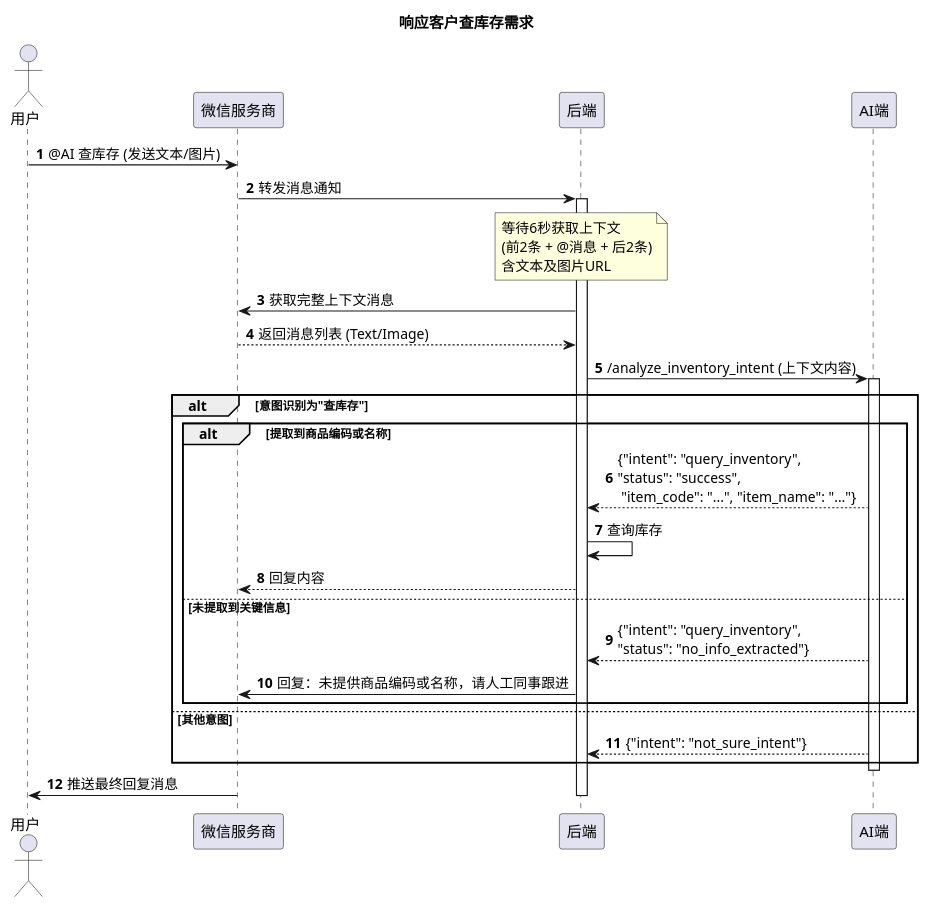
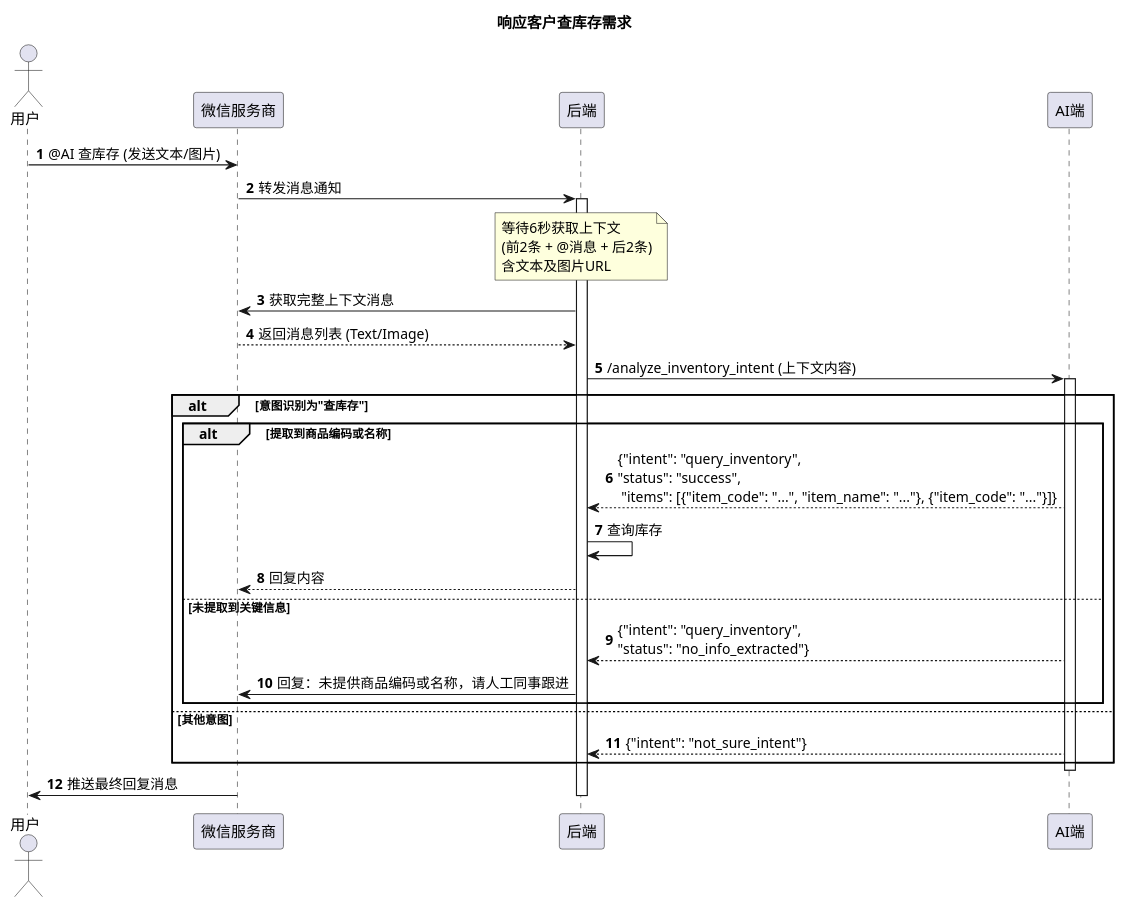
The second of 2 diagrams in README.md (h-summit/lucky_box_ai), drawn with PlantUML before and after one commit. The commit also changed other lines of this file and 5 other files, not shown here.

Commit message:
Support multi-item inventory intent responses

````diff
--- a/README.md
+++ b/README.md
@@ -282,46 +309,46 @@
 ```plantuml
 @startuml
 title 响应客户查库存需求
 
 actor "用户" as User
 participant "微信服务商" as WechatService
 participant "后端" as Backend
 participant "AI端" as AI
 
 autonumber
 
 User -> WechatService: @AI 查库存 (发送文本/图片)
 WechatService -> Backend: 转发消息通知
 activate Backend
 
 note over Backend: 等待6秒获取上下文\n(前2条 + @消息 + 后2条)\n含文本及图片URL
 
 Backend -> WechatService: 获取完整上下文消息
 WechatService --> Backend: 返回消息列表 (Text/Image)
 
 Backend -> AI: /analyze_inventory_intent (上下文内容)
 activate AI
 
 alt 意图识别为"查库存"
 
     alt 提取到商品编码或名称
-        AI --> Backend: {"intent": "query_inventory", \n"status": "success", \n "item_code": "...", "item_name": "..."}
+        AI --> Backend: {"intent": "query_inventory", \n"status": "success", \n "items": [{"item_code": "...", "item_name": "..."}, {"item_code": "..."}]}
 
         Backend -> Backend: 查询库存
         Backend --> WechatService: 回复内容
 
     else 未提取到关键信息
         AI --> Backend: {"intent": "query_inventory", \n"status": "no_info_extracted"}
         Backend -> WechatService: 回复：未提供商品编码或名称，请人工同事跟进
     end
 
 else 其他意图
     AI --> Backend: {"intent": "not_sure_intent"}
 end
 
 deactivate AI
 WechatService -> User: 推送最终回复消息
 deactivate Backend
 
 @enduml
 ```
````
